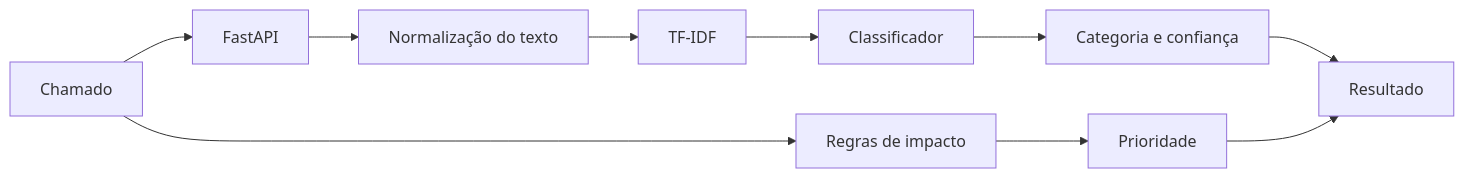
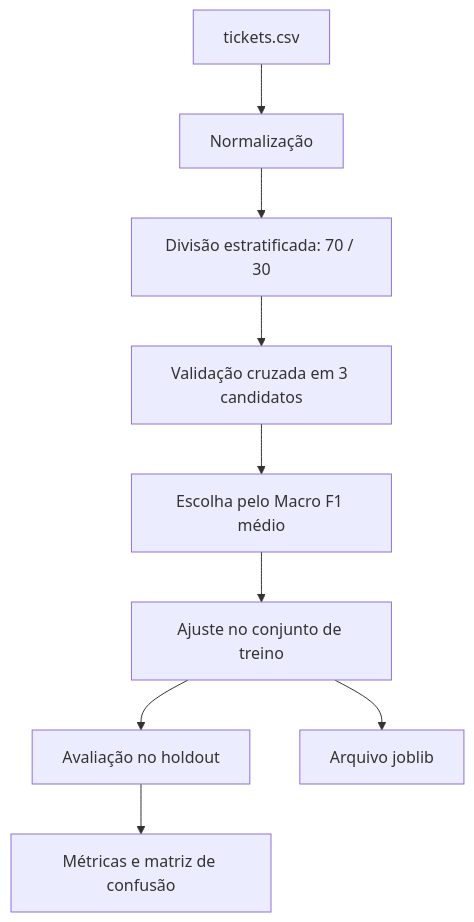
The first of 2 diagrams in docs/ARCHITECTURE.md (Clebin0/ai-helpdesk), drawn with Mermaid before and after one commit. The commit also changed other lines of this file and 6 other files, not shown here.

````diff
--- a/docs/ARCHITECTURE.md
+++ b/docs/ARCHITECTURE.md
@@ -5,12 +10,11 @@
 ```mermaid
-flowchart LR
-    A[Chamado] --> B[FastAPI]
-    B --> C[Normalização do texto]
-    C --> D[TF-IDF]
-    D --> E[Classificador]
-    E --> F[Categoria e confiança]
-    A --> G[Regras de impacto]
-    G --> H[Prioridade]
-    F --> I[Resultado]
-    H --> I
+flowchart TD
+    A[tickets.csv] --> B[Normalização]
+    B --> C[Divisão estratificada: 70 / 30]
+    C --> D[Validação cruzada em 3 candidatos]
+    D --> E[Escolha pelo Macro F1 médio]
+    E --> F[Ajuste no conjunto de treino]
+    F --> G[Avaliação no holdout]
+    F --> H[Arquivo joblib]
+    G --> I[Métricas e matriz de confusão]
 ```
````
